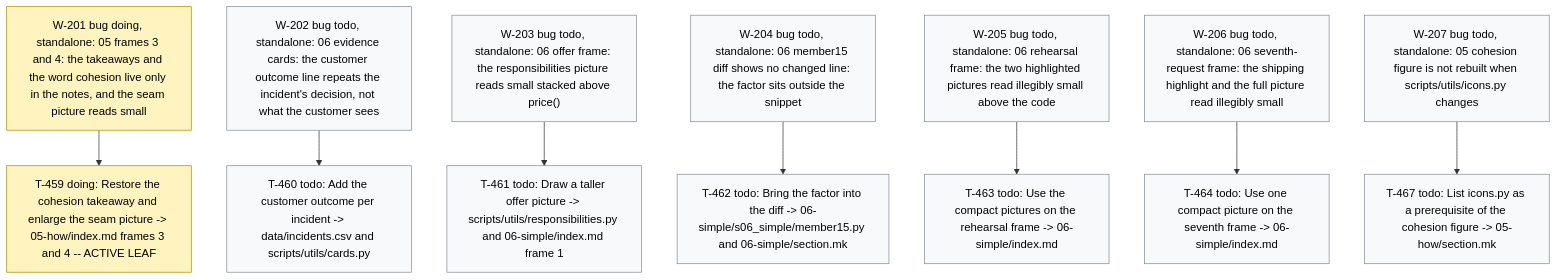
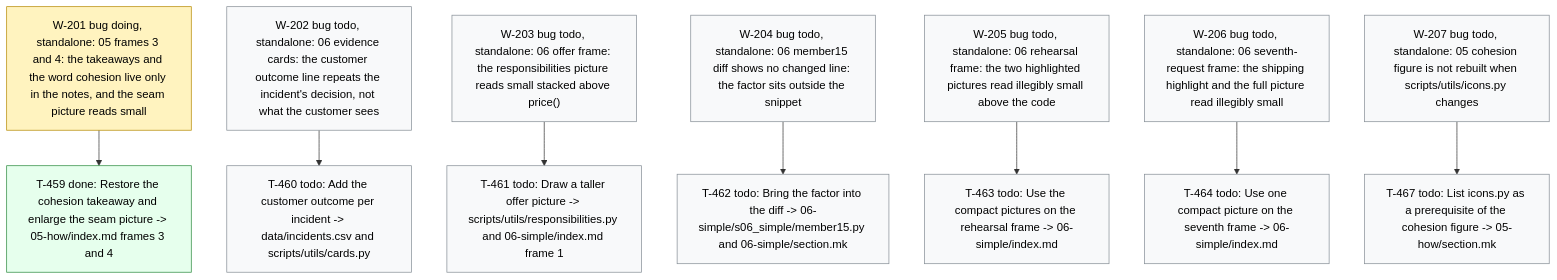
One commit to dpopchev/chaos-to-simple changed the diagram in .board/BOARD.md. Above: the diagram before and after it, drawn with Mermaid. The commit also changed other lines of this file and 1 other file, not shown here.

Commit message:
chore(board): close T-459 -- W-201 ready to land
Refs: W-201 T-459

````diff
--- a/.board/BOARD.md
+++ b/.board/BOARD.md
@@ -1190,24 +1190,25 @@
 ```mermaid
 flowchart TD
   W201["W-201 bug doing, standalone: 05 frames 3 and 4: the takeaways and the word cohesion live only in the notes, and the seam picture reads small"]
-  W201 --> T459["T-459 doing: Restore the cohesion takeaway and enlarge the seam picture -> 05-how/index.md frames 3 and 4 -- ACTIVE LEAF"]
+  W201 --> T459["T-459 done: Restore the cohesion takeaway and enlarge the seam picture -> 05-how/index.md frames 3 and 4"]
   W202["W-202 bug todo, standalone: 06 evidence cards: the customer outcome line repeats the incident's decision, not what the customer sees"]
   W202 --> T460["T-460 todo: Add the customer outcome per incident -> data/incidents.csv and scripts/utils/cards.py"]
   W203["W-203 bug todo, standalone: 06 offer frame: the responsibilities picture reads small stacked above price()"]
   W203 --> T461["T-461 todo: Draw a taller offer picture -> scripts/utils/responsibilities.py and 06-simple/index.md frame 1"]
   W204["W-204 bug todo, standalone: 06 member15 diff shows no changed line: the factor sits outside the snippet"]
   W204 --> T462["T-462 todo: Bring the factor into the diff -> 06-simple/s06_simple/member15.py and 06-simple/section.mk"]
   W205["W-205 bug todo, standalone: 06 rehearsal frame: the two highlighted pictures read illegibly small above the code"]
   W205 --> T463["T-463 todo: Use the compact pictures on the rehearsal frame -> 06-simple/index.md"]
   W206["W-206 bug todo, standalone: 06 seventh-request frame: the shipping highlight and the full picture read illegibly small"]
   W206 --> T464["T-464 todo: Use one compact picture on the seventh frame -> 06-simple/index.md"]
   W207["W-207 bug todo, standalone: 05 cohesion figure is not rebuilt when scripts/utils/icons.py changes"]
   W207 --> T467["T-467 todo: List icons.py as a prerequisite of the cohesion figure -> 05-how/section.mk"]
   classDef doing fill:#fff3bf,stroke:#b58900,color:#000;
   classDef blocked fill:#ffe3e3,stroke:#c92a2a,color:#000;
   classDef done fill:#e6ffed,stroke:#2b8a3e,color:#000;
   classDef todo fill:#f8f9fa,stroke:#868e96,color:#000;
   classDef pruned fill:#f1f3f5,stroke:#adb5bd,color:#000;
-  class W201,T459 doing
+  class W201 doing
+  class T459 done
   class W202,T460,W203,T461,W204,T462,W205,T463,W206,T464,W207,T467 todo
 ```
````
